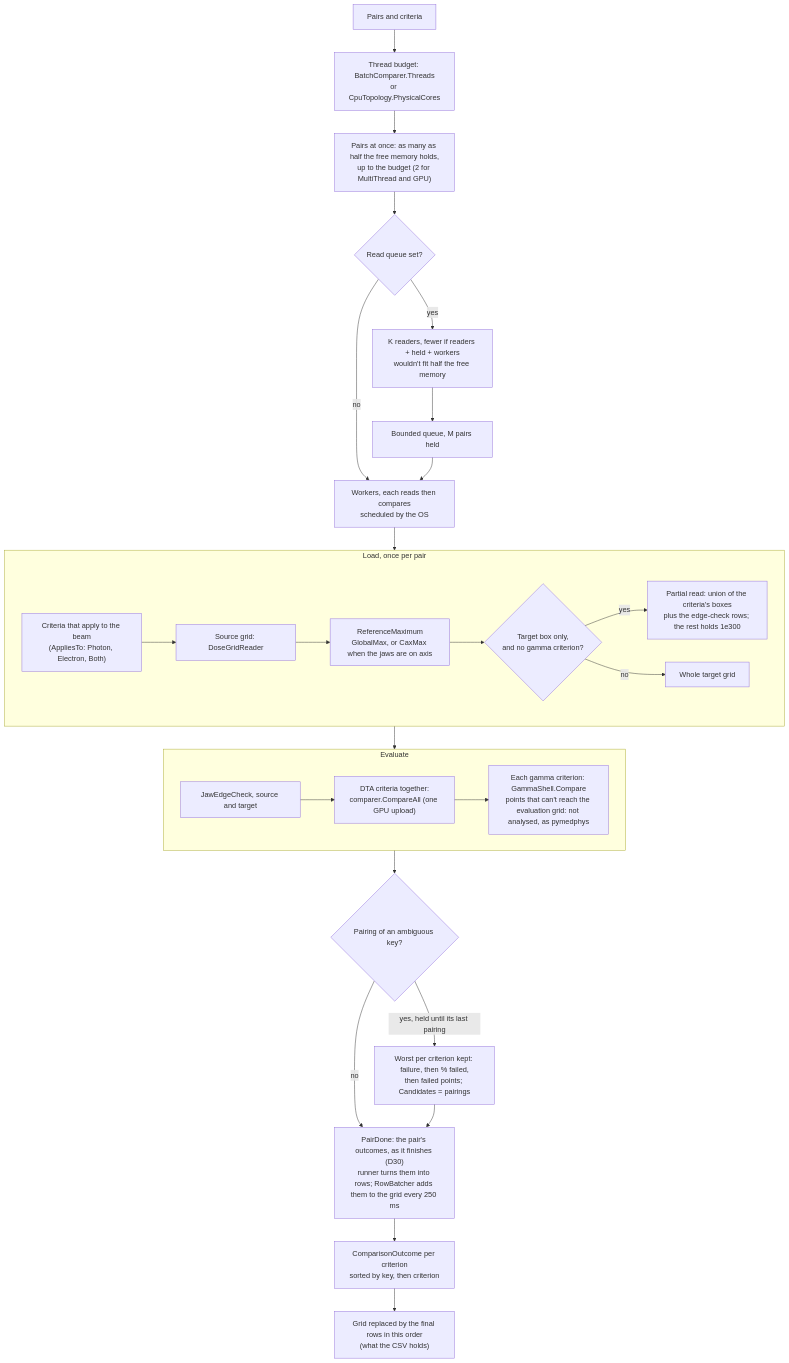
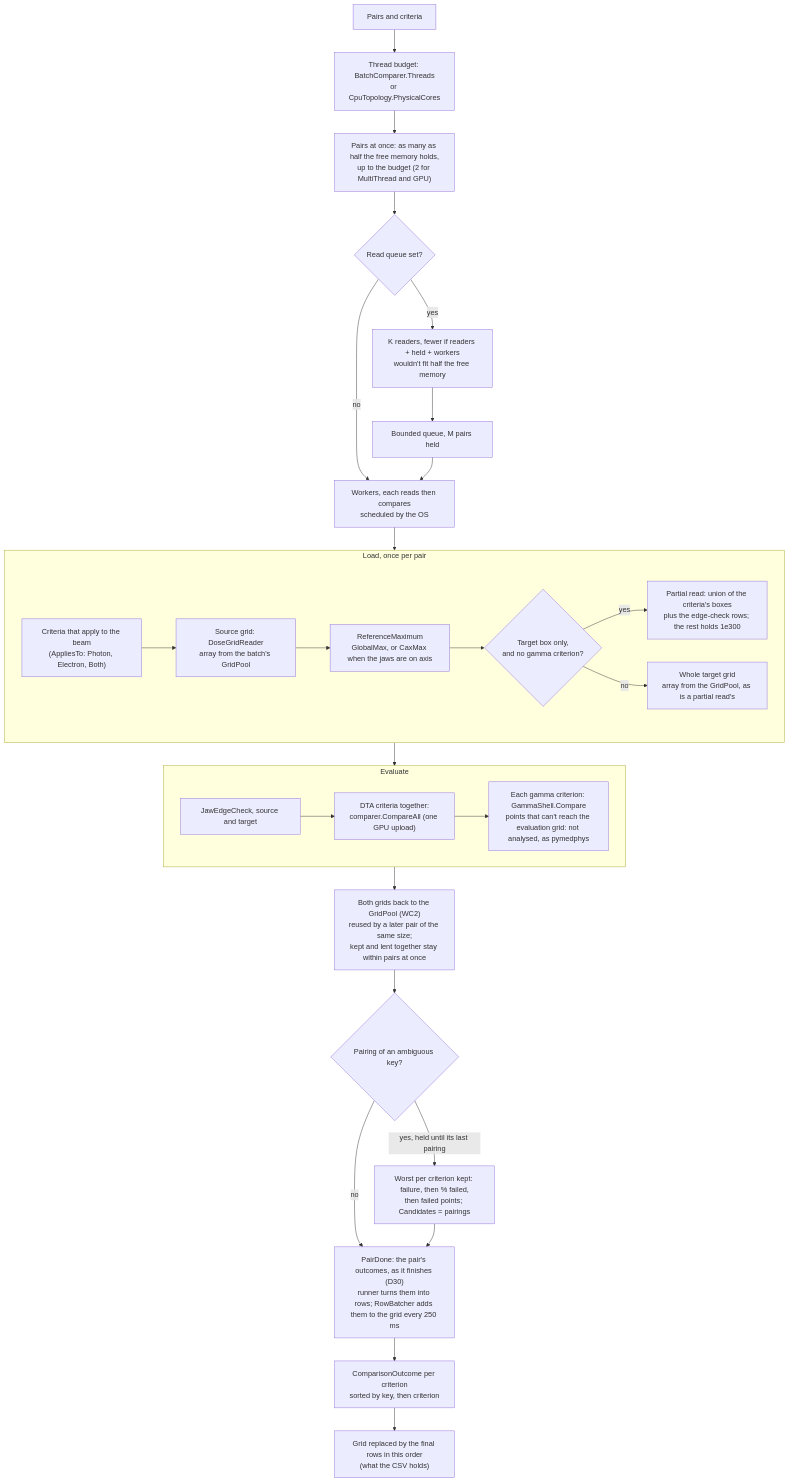
Before and after one commit to crcrewso/DicomStrictCompare: the second of 5 diagrams in design/data-flow.md, drawn with Mermaid.

Commit message:
Docs: data-flow diagram 2 shows the grid pool
4671772 changed how a pair's grids are allocated and released without
updating diagram 2, which AGENTS.md asks for in the same commit; this
catches it up.

Agent: Jackdaw.ClaudeCode.Opus-5.5

````diff
--- a/design/data-flow.md
+++ b/design/data-flow.md
@@ -30,28 +30,29 @@
 ```mermaid
 flowchart TD
     pairs["Pairs and criteria"] --> budget["Thread budget: BatchComparer.Threads<br/>or CpuTopology.PhysicalCores"]
     budget --> atonce["Pairs at once: as many as half the free memory holds,<br/>up to the budget (2 for MultiThread and GPU)"]
     atonce --> mode{"Read queue set?"}
     mode -- no --> workers["Workers, each reads then compares<br/>scheduled by the OS"]
     mode -- yes --> readers["K readers, fewer if readers + held + workers<br/>wouldn't fit half the free memory"] --> channel["Bounded queue, M pairs held"] --> workers
     workers --> load
     subgraph load["Load, once per pair"]
-        applies["Criteria that apply to the beam<br/>(AppliesTo: Photon, Electron, Both)"] --> src["Source grid: DoseGridReader"]
+        applies["Criteria that apply to the beam<br/>(AppliesTo: Photon, Electron, Both)"] --> src["Source grid: DoseGridReader<br/>array from the batch's GridPool"]
         src --> max["ReferenceMaximum<br/>GlobalMax, or CaxMax when the jaws are on axis"]
         max --> tgt{"Target box only,<br/>and no gamma criterion?"}
         tgt -- yes --> part["Partial read: union of the criteria's boxes<br/>plus the edge-check rows; the rest holds 1e300"]
-        tgt -- no --> whole["Whole target grid"]
+        tgt -- no --> whole["Whole target grid<br/>array from the GridPool, as is a partial read's"]
     end
     load --> evaluate
     subgraph evaluate["Evaluate"]
         edges["JawEdgeCheck, source and target"] --> dta["DTA criteria together:<br/>comparer.CompareAll (one GPU upload)"]
         dta --> gamma["Each gamma criterion: GammaShell.Compare<br/>points that can't reach the evaluation grid: not analysed, as pymedphys"]
     end
-    evaluate --> worst{"Pairing of an ambiguous key?"}
+    evaluate --> pool["Both grids back to the GridPool (WC2)<br/>reused by a later pair of the same size;<br/>kept and lent together stay within pairs at once"]
+    pool --> worst{"Pairing of an ambiguous key?"}
     worst -- "yes, held until its last pairing" --> keep["Worst per criterion kept: failure, then % failed,<br/>then failed points; Candidates = pairings"]
     worst -- no --> done
     keep --> done
     done["PairDone: the pair's outcomes, as it finishes (D30)<br/>runner turns them into rows; RowBatcher adds them to the grid every 250 ms"]
     done --> outcomes["ComparisonOutcome per criterion<br/>sorted by key, then criterion"]
     outcomes --> final["Grid replaced by the final rows in this order<br/>(what the CSV holds)"]
 ```
````
